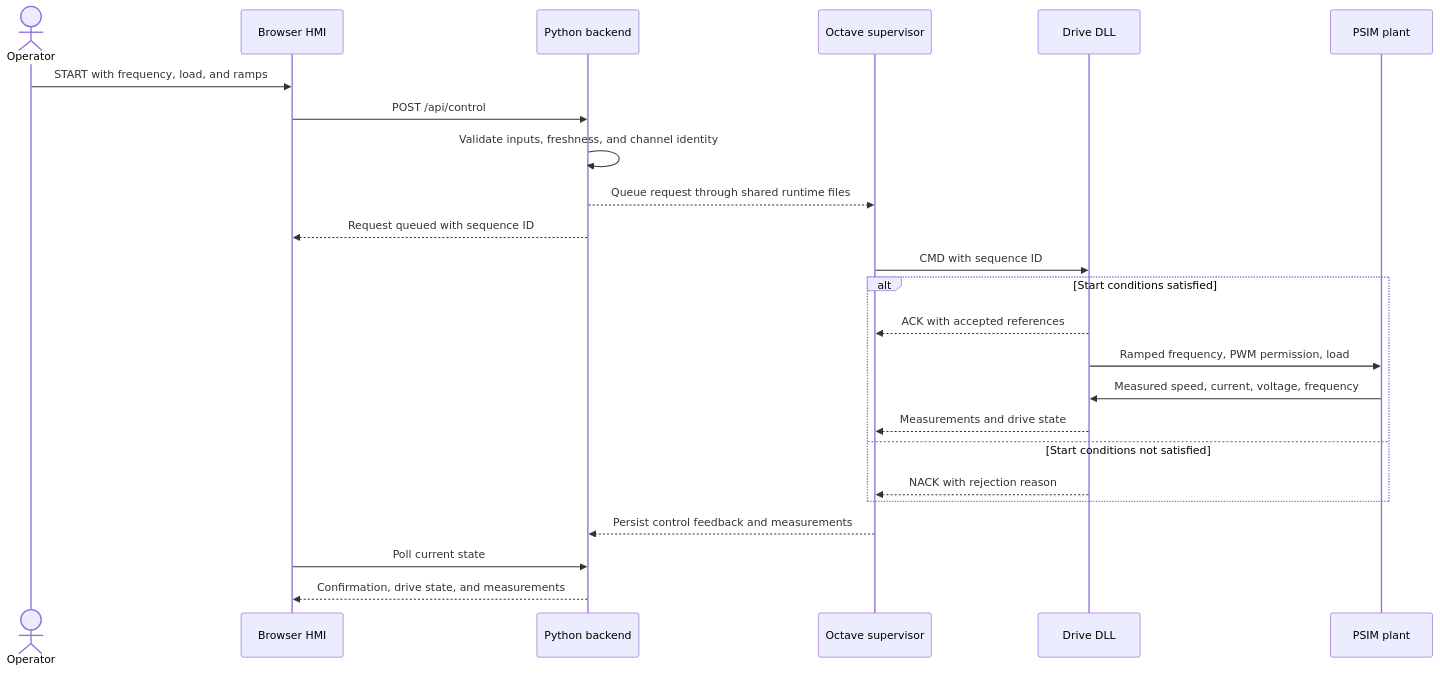
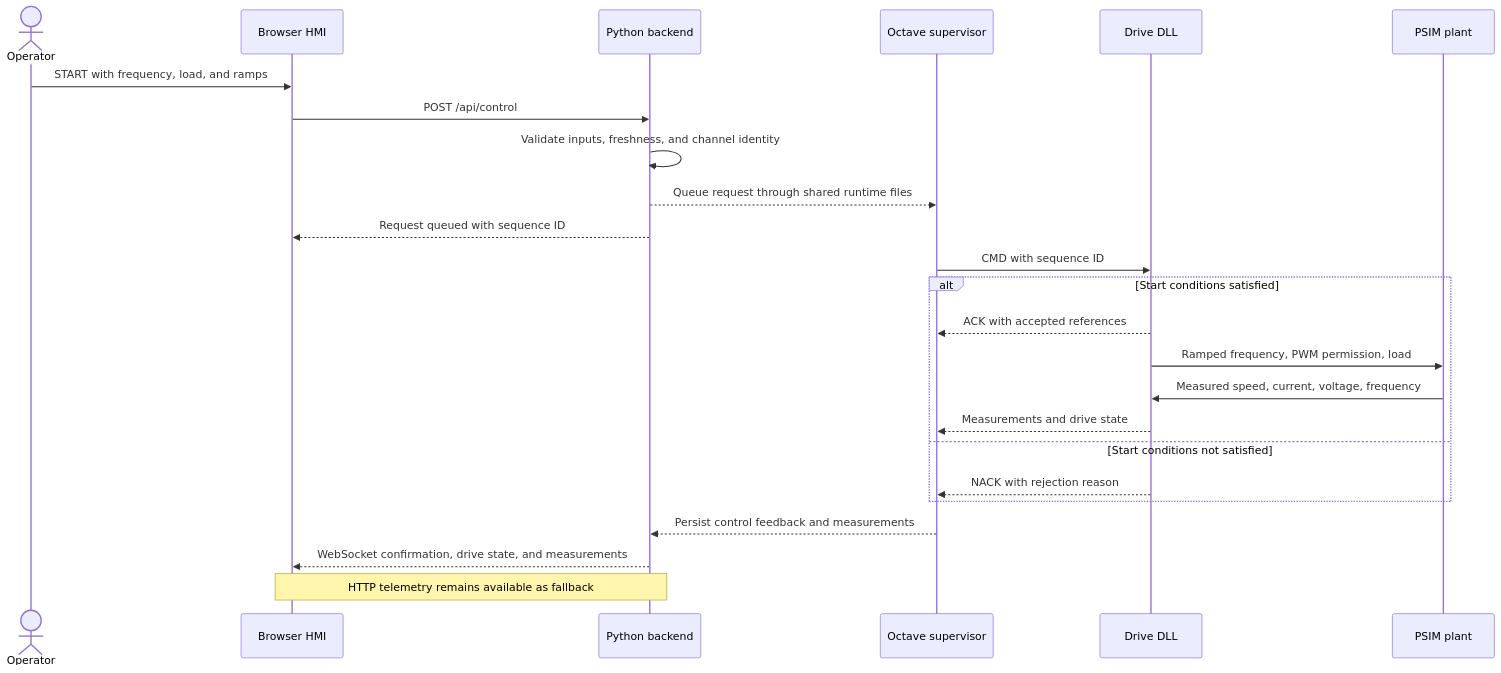
The second of 3 diagrams in README.md (madallin/Industrial-Motor-Drive-Digital-Twin), drawn with Mermaid before and after one commit. The commit also changed other lines of this file and 27 other files, not shown here.

Commit message:
Add SQLite history, WebSocket telemetry, and MQTT notifications

````diff
--- a/README.md
+++ b/README.md
@@ -155,26 +166,26 @@
 ```mermaid
 sequenceDiagram
     actor Operator
     participant HMI as Browser HMI
     participant API as Python backend
     participant OCT as Octave supervisor
     participant DLL as Drive DLL
     participant PSIM as PSIM plant
     Operator->>HMI: START with frequency, load, and ramps
     HMI->>API: POST /api/control
     API->>API: Validate inputs, freshness, and channel identity
     API-->>OCT: Queue request through shared runtime files
     API-->>HMI: Request queued with sequence ID
     OCT->>DLL: CMD with sequence ID
     alt Start conditions satisfied
         DLL-->>OCT: ACK with accepted references
         DLL->>PSIM: Ramped frequency, PWM permission, load
         PSIM->>DLL: Measured speed, current, voltage, frequency
         DLL-->>OCT: Measurements and drive state
     else Start conditions not satisfied
         DLL-->>OCT: NACK with rejection reason
     end
     OCT-->>API: Persist control feedback and measurements
-    HMI->>API: Poll current state
-    API-->>HMI: Confirmation, drive state, and measurements
+    API-->>HMI: WebSocket confirmation, drive state, and measurements
+    Note over HMI,API: HTTP telemetry remains available as fallback
 ```
````
